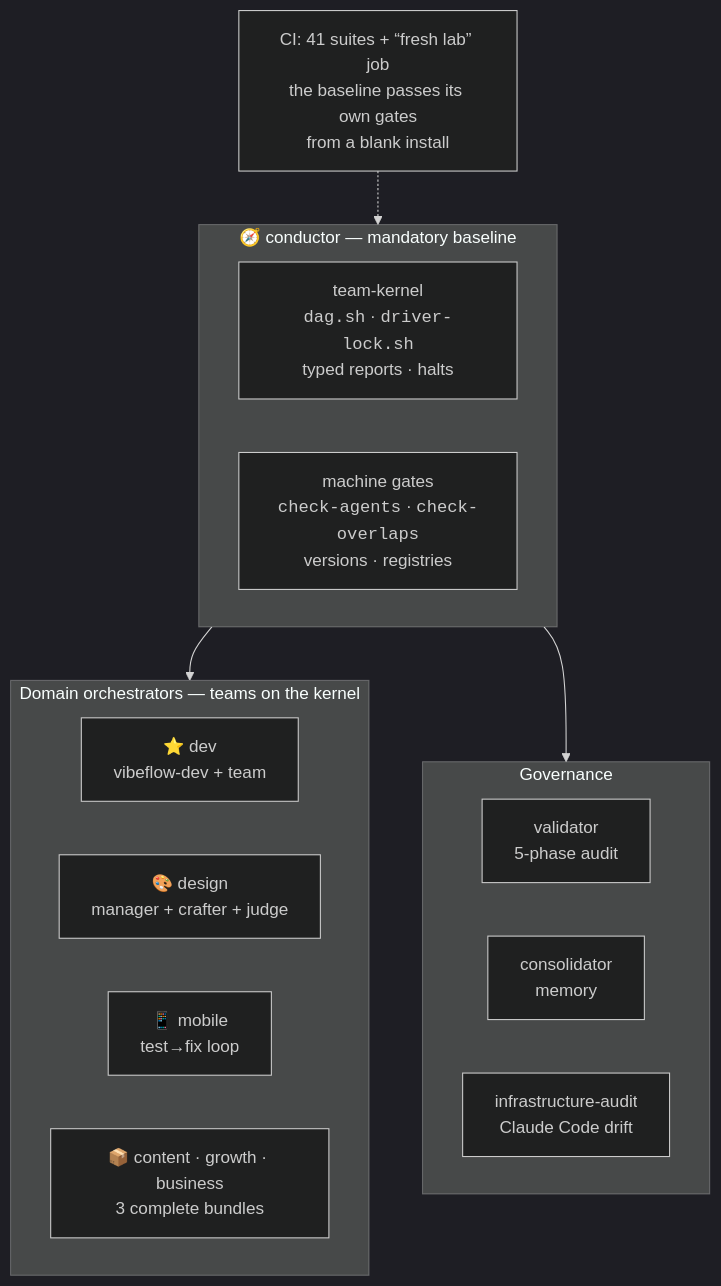
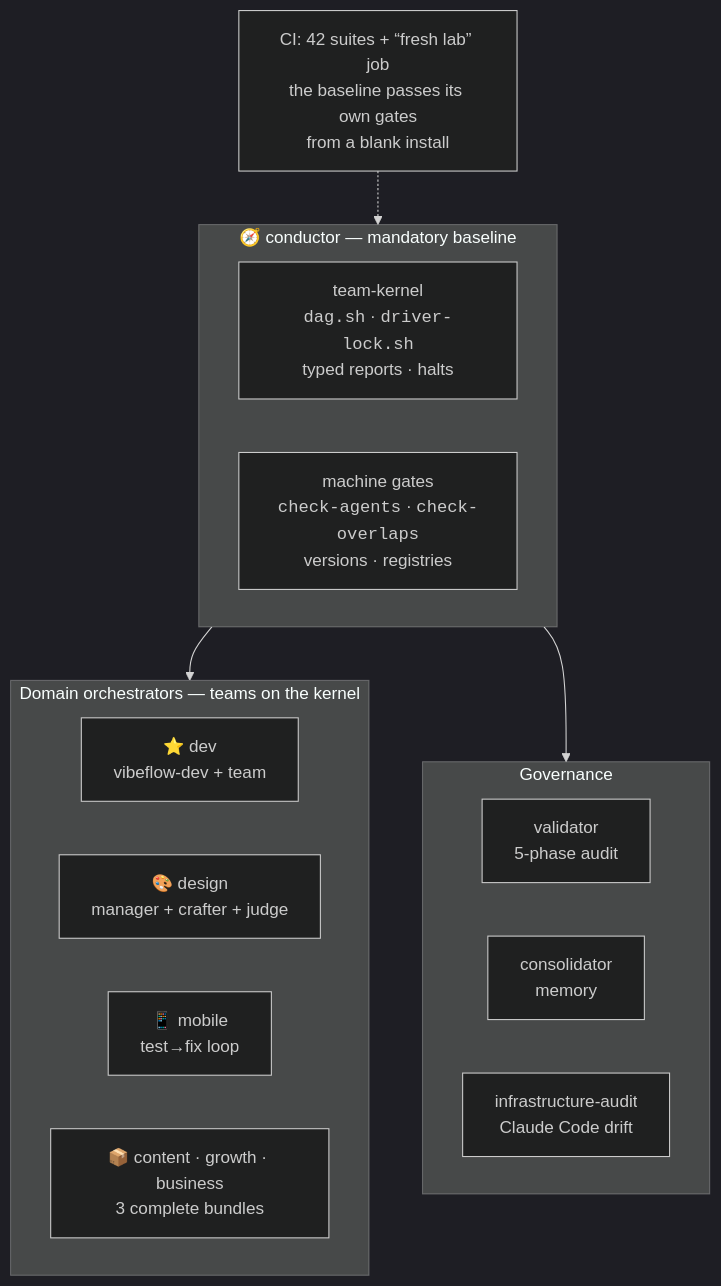
The fourth of 4 diagrams in README.md (picmakpro/vibeflow-os), drawn with Mermaid (dark theme) before and after one commit. The commit also changed other lines of this file and 5 other files, not shown here.

````diff
--- a/README.md
+++ b/README.md
@@ -146,21 +146,21 @@
 ```mermaid
 flowchart TD
     subgraph socle["🧭 conductor — mandatory baseline"]
         K["team-kernel<br/><code>dag.sh</code> · <code>driver-lock.sh</code><br/>typed reports · halts"]
         G["machine gates<br/><code>check-agents</code> · <code>check-overlaps</code><br/>versions · registries"]
     end
     subgraph orch["Domain orchestrators — teams on the kernel"]
         DEV["⭐ dev<br/>vibeflow-dev + team"]
         DES["🎨 design<br/>manager + crafter + judge"]
         MOB["📱 mobile<br/>test→fix loop"]
         BIZ["📦 content · growth · business<br/>3 complete bundles"]
     end
     subgraph gouv["Governance"]
         V["validator<br/>5-phase audit"]
         CO["consolidator<br/>memory"]
         IA["infrastructure-audit<br/>Claude Code drift"]
     end
     socle --> orch
     socle --> gouv
-    CI["CI: 41 suites + “fresh lab” job<br/>the baseline passes its own gates<br/>from a blank install"] -.-> socle
+    CI["CI: 42 suites + “fresh lab” job<br/>the baseline passes its own gates<br/>from a blank install"] -.-> socle
 ```
````
